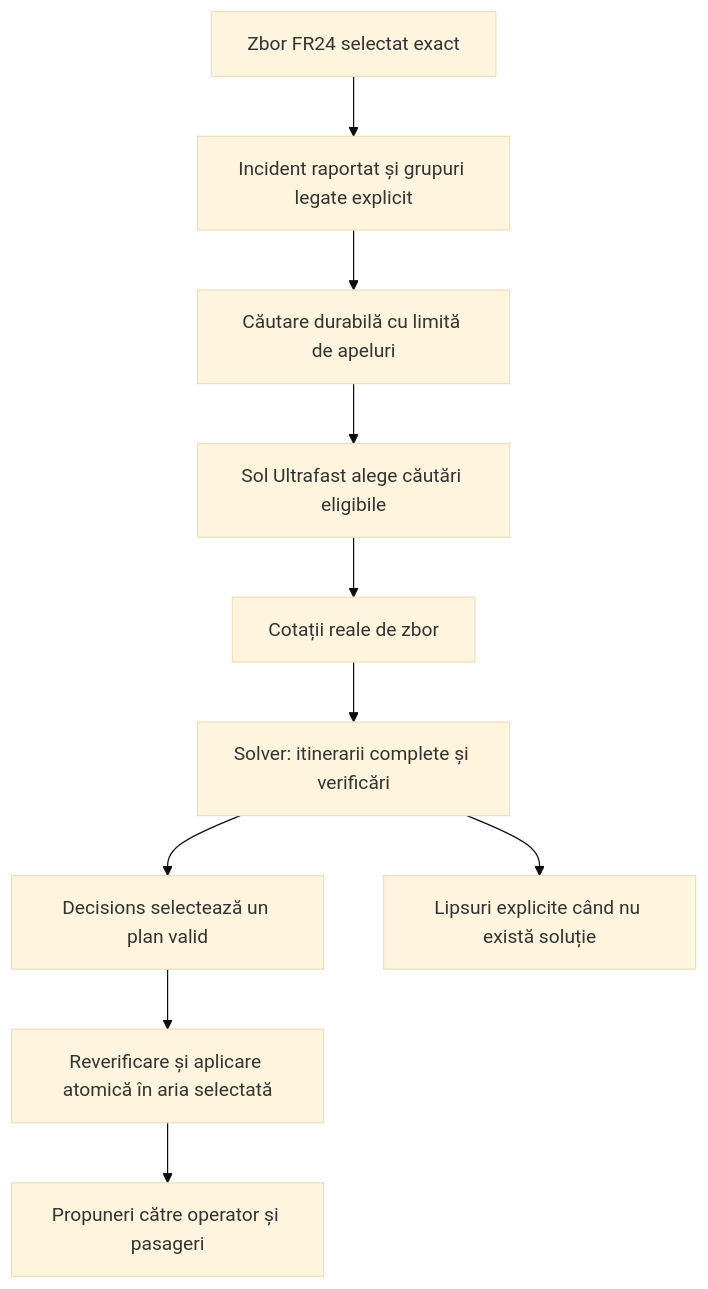
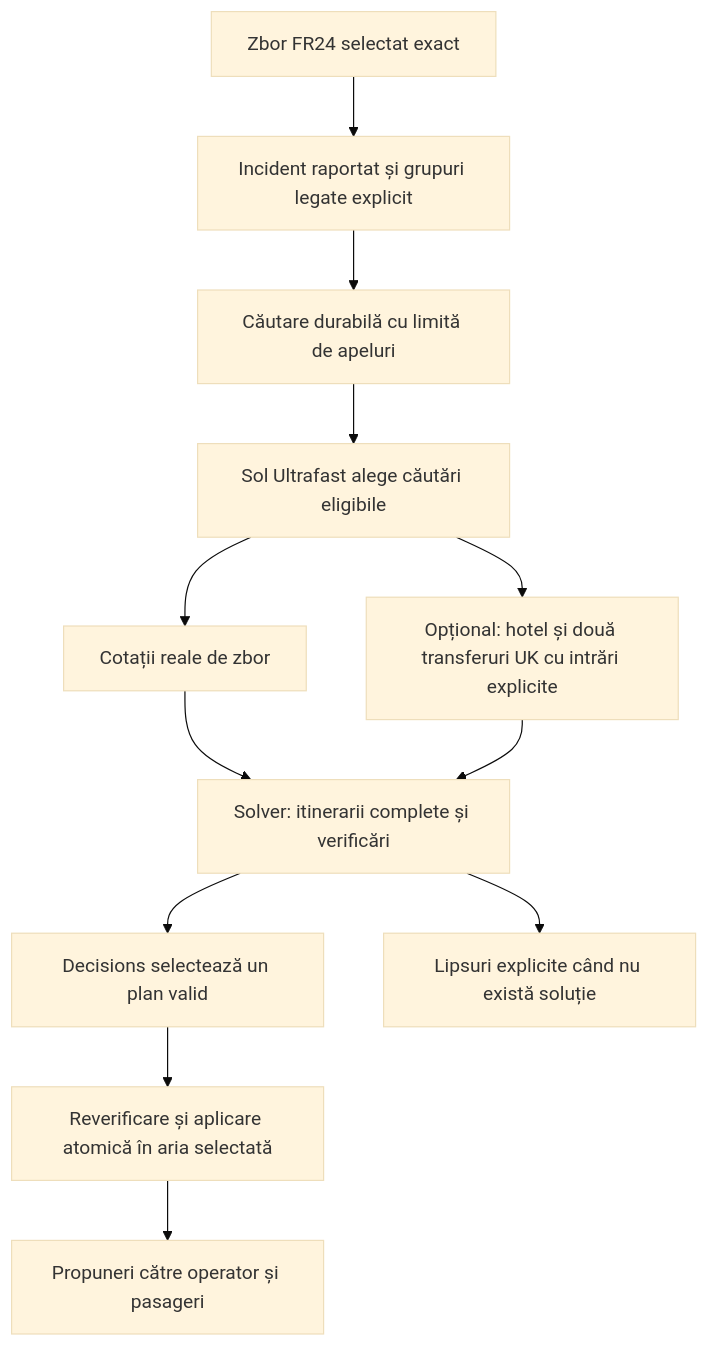
One commit to ape-x/craiova_hackathon_2026 changed the diagram in docs/product-spec.md. Above: the diagram before and after it, drawn with Mermaid (base theme). The commit also changed other lines of this file and 34 other files, not shown here.

````diff
--- a/docs/product-spec.md
+++ b/docs/product-spec.md
@@ -53,12 +53,14 @@
 ```mermaid
 flowchart TD
     F[Zbor FR24 selectat exact] --> I[Incident raportat și grupuri legate explicit]
     I --> J[Căutare durabilă cu limită de apeluri]
     J --> S[Sol Ultrafast alege căutări eligibile]
     S --> Q[Cotații reale de zbor]
     Q --> V[Solver: itinerarii complete și verificări]
+    S --> H[Opțional: hotel și două transferuri UK cu intrări explicite]
+    H --> V
     V --> D[Decisions selectează un plan valid]
     D --> C[Reverificare și aplicare atomică în aria selectată]
     C --> P[Propuneri către operator și pasageri]
     V --> G[Lipsuri explicite când nu există soluție]
 ```
````
